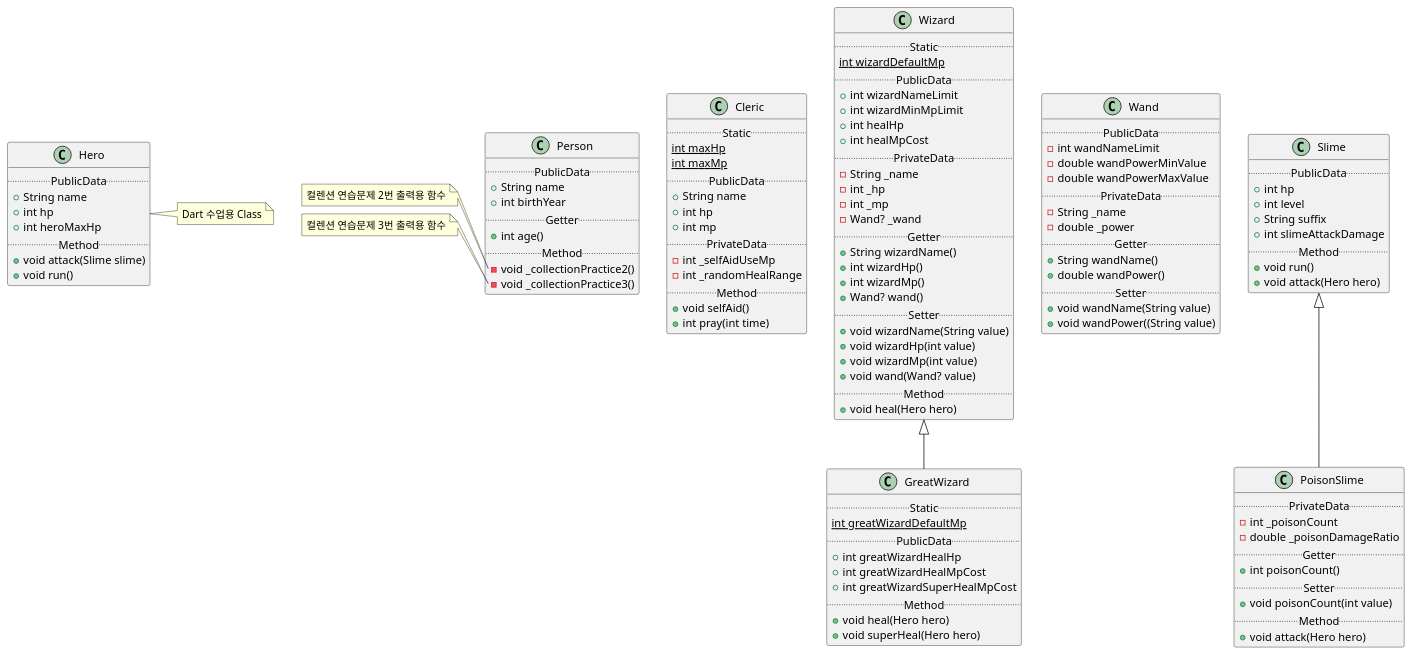
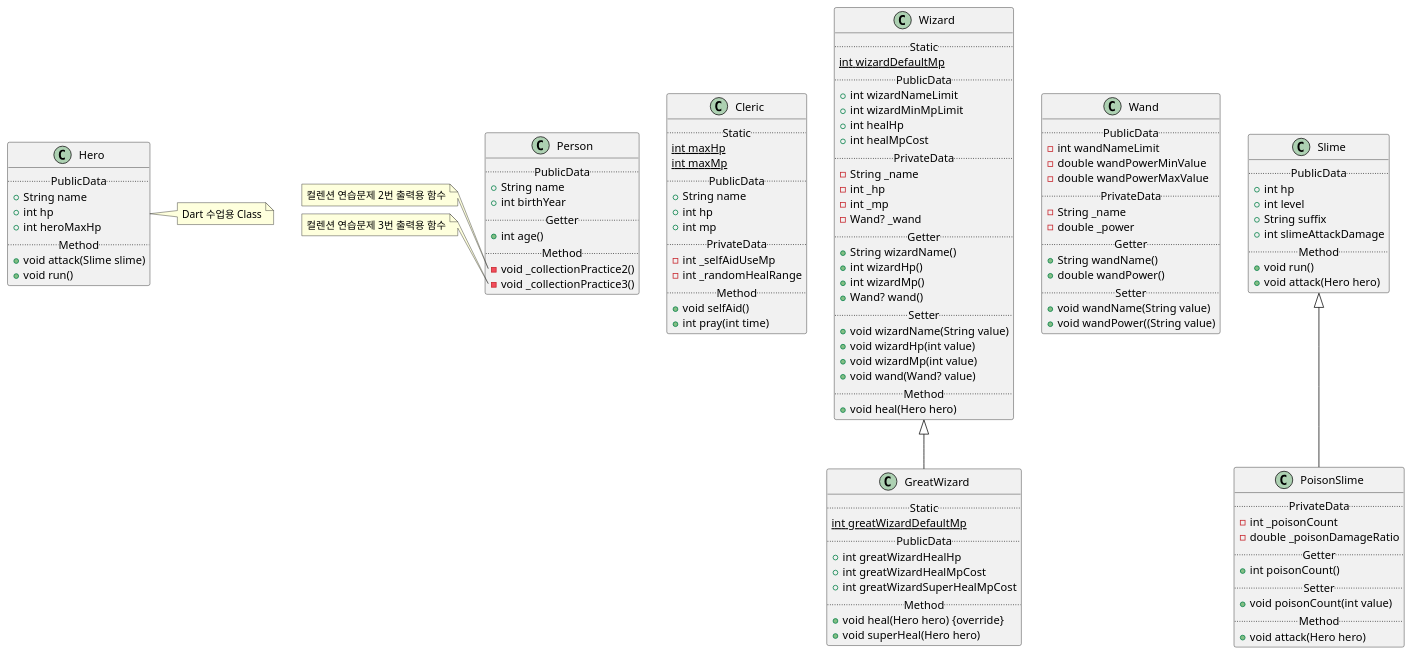
Before and after one commit to SurvivalCodingCampus/sesac7_dart_study: the diagram in lib/game.puml, drawn with PlantUML.

Commit message:
docs: game uml GreatWizard override 메서드 heal 표기

```diff
--- a/lib/game.puml
+++ b/lib/game.puml
@@ -1,127 +1,127 @@
 @startuml
 scale 1
 class Cleric {
     ..Static..
     {static}int maxHp
     {static}int maxMp
     ..PublicData..
     +String name
     +int hp
     +int mp
     ..PrivateData..
     -int _selfAidUseMp
     -int _randomHealRange
     ..Method..
     +void selfAid()
     +int pray(int time)
 }
 
 class Hero {
     ..PublicData..
     +String name
     +int hp
     +int heroMaxHp
     ..Method..
     +void attack(Slime slime)
     +void run()
 }
 
 class Wizard {
     ..Static..
     {static}int wizardDefaultMp
     ..PublicData..
     +int wizardNameLimit
     +int wizardMinMpLimit
     +int healHp
     +int healMpCost
     ..PrivateData..
     -String _name
     -int _hp
     -int _mp
     -Wand? _wand
     ..Getter..
     +String wizardName()
     +int wizardHp()
     +int wizardMp()
     +Wand? wand()
     ..Setter..
     +void wizardName(String value)
     +void wizardHp(int value)
     +void wizardMp(int value)
     +void wand(Wand? value)
     ..Method..
     +void heal(Hero hero)
 }
 
 class GreatWizard extends Wizard {
     ..Static..
     {static}int greatWizardDefaultMp
     ..PublicData..
     +int greatWizardHealHp
     +int greatWizardHealMpCost
     +int greatWizardSuperHealMpCost
     ..Method..
-    +void heal(Hero hero)
+    +void heal(Hero hero) {override}
     +void superHeal(Hero hero)
 }
 
 class Wand {
     ..PublicData..
     -int wandNameLimit
     -double wandPowerMinValue
     -double wandPowerMaxValue
     ..PrivateData..
     -String _name
     -double _power
     ..Getter..
     +String wandName()
     +double wandPower()
     ..Setter..
     +void wandName(String value)
     +void wandPower((String value)
 }
 
 class Person {
     ..PublicData..
     +String name
     +int birthYear
     ..Getter..
     +int age()
     ..Method..
     -void _collectionPractice2()
     -void _collectionPractice3()
 }
 
 class Slime {
     ..PublicData..
     +int hp
     +int level
     +String suffix
     +int slimeAttackDamage
     ..Method..
     +void run()
     +void attack(Hero hero)
 }
 
 class PoisonSlime extends Slime {
     ..PrivateData..
     -int _poisonCount
     -double _poisonDamageRatio
     ..Getter..
     +int poisonCount()
     ..Setter..
     +void poisonCount(int value)
     ..Method..
     +void attack(Hero hero)
 }
 
 note right of Hero
     Dart 수업용 Class
 end note
 note left of Person::_collectionPractice2
     컬렌션 연습문제 2번 출력용 함수
 end note
 note left of Person::_collectionPractice3
     컬렌션 연습문제 3번 출력용 함수
 end note
 @enduml
```
